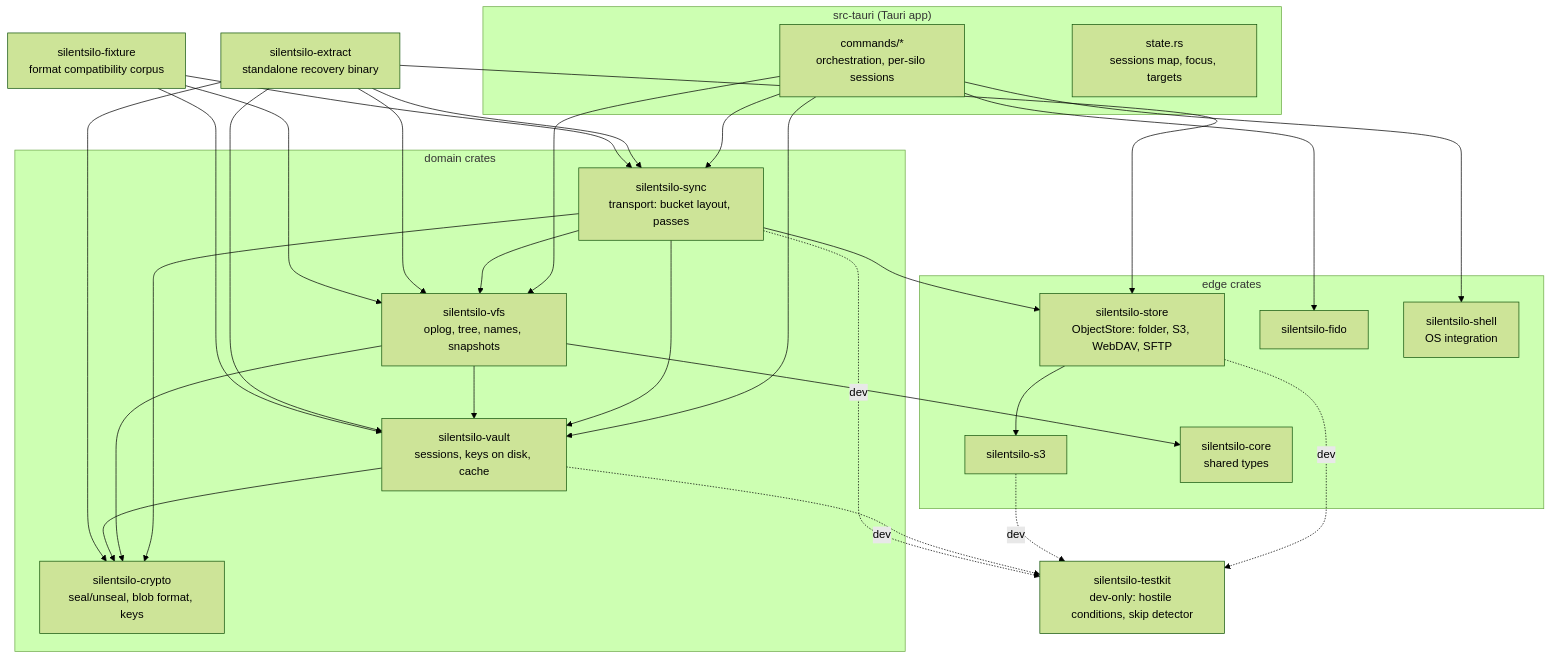
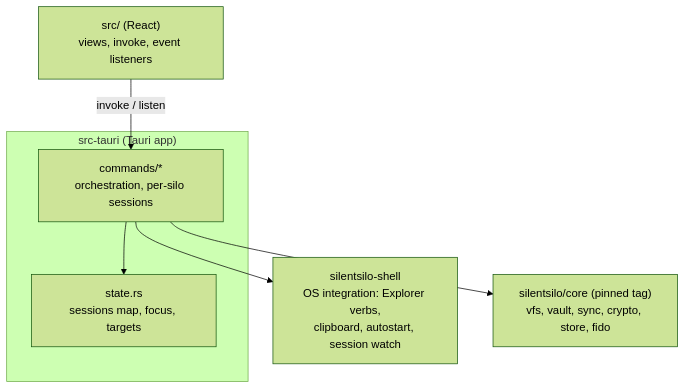
Before and after one commit to silentsilo/desktop: the first of 3 diagrams in docs/ARCHITECTURE.md, drawn with Mermaid (forest theme). The commit also changed other lines of this file and 193 other files, not shown here.

First line of the commit message:
Move the domain crates to silentsilo/core

````diff
--- a/docs/ARCHITECTURE.md
+++ b/docs/ARCHITECTURE.md
@@ -28,32 +24,15 @@
 ```mermaid
 flowchart TD
     subgraph app["src-tauri (Tauri app)"]
         CMD["commands/*<br/>orchestration, per-silo sessions"]
         STATE["state.rs<br/>sessions map, focus, targets"]
     end
-    subgraph domain["domain crates"]
-        VFS["silentsilo-vfs<br/>oplog, tree, names, snapshots"]
-        VAULT["silentsilo-vault<br/>sessions, keys on disk, cache"]
-        SYNC["silentsilo-sync<br/>transport: bucket layout, passes"]
-        CRYPTO["silentsilo-crypto<br/>seal/unseal, blob format, keys"]
-    end
-    subgraph edge["edge crates"]
-        STORE["silentsilo-store<br/>ObjectStore: folder, S3, WebDAV, SFTP"]
-        S3C["silentsilo-s3"]
-        FIDO["silentsilo-fido"]
-        SHELL["silentsilo-shell<br/>OS integration"]
-        CORE["silentsilo-core<br/>shared types"]
-    end
-    EXTRACT["silentsilo-extract<br/>standalone recovery binary"]
-    FIXTURE["silentsilo-fixture<br/>format compatibility corpus"]
-    TESTKIT["silentsilo-testkit<br/>dev-only: hostile conditions, skip detector"]
+    SHELL["silentsilo-shell<br/>OS integration: Explorer verbs,<br/>clipboard, autostart, session watch"]
+    FE["src/ (React)<br/>views, invoke, event listeners"]
+    CORE["silentsilo/core (pinned tag)<br/>vfs, vault, sync, crypto, store, fido"]
 
-    CMD --> VFS & VAULT & SYNC & FIDO & SHELL
-    SYNC --> VFS & VAULT & CRYPTO & STORE
-    VFS --> VAULT & CRYPTO & CORE
-    VAULT --> CRYPTO
-    STORE --> S3C
-    EXTRACT --> SYNC & VFS & VAULT & CRYPTO & STORE
-    FIXTURE --> SYNC & VFS & VAULT
-    VAULT & STORE & SYNC & S3C -.dev.-> TESTKIT
+    FE -->|"invoke / listen"| CMD
+    CMD --> STATE
+    CMD --> SHELL
+    CMD --> CORE
 ```
````
